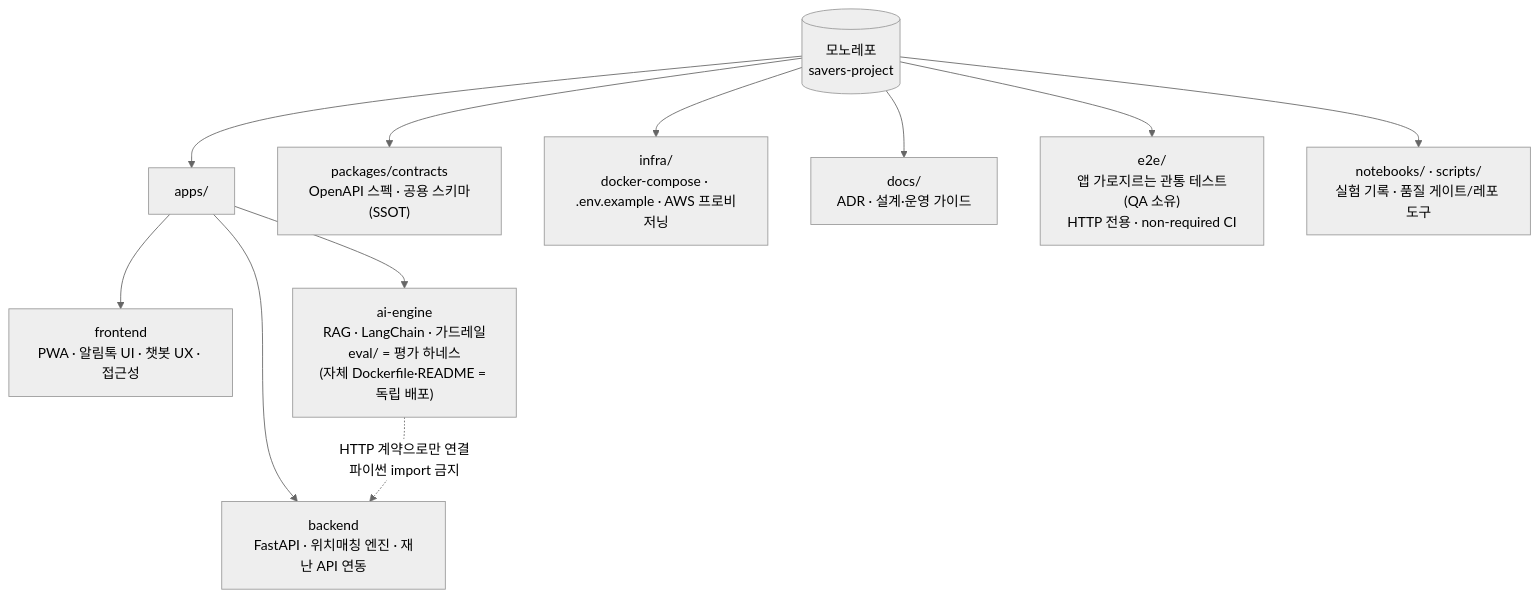
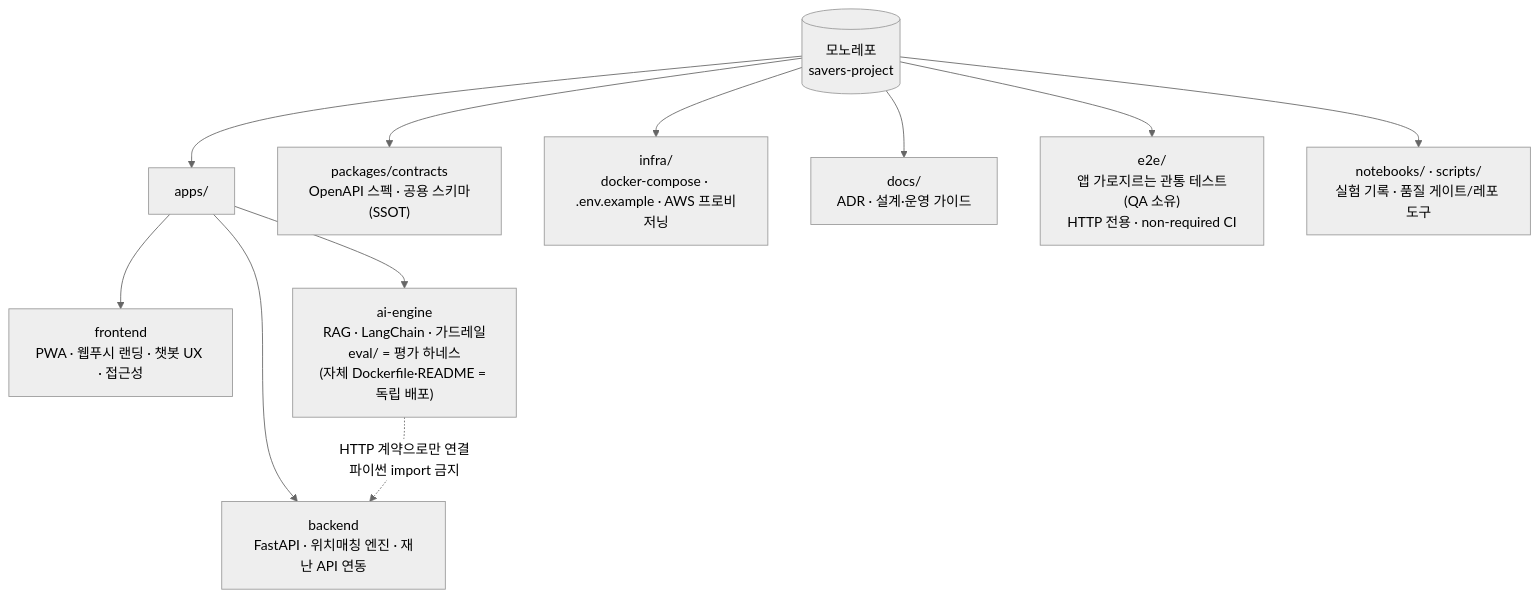
One commit to team-savers/savers-project changed the fourth of 4 diagrams in docs/공통_가이드/아키텍처.md. Above: the diagram before and after it, drawn with Mermaid (neutral theme). The commit also changed other lines of this file and 6 other files, not shown here.

````diff
--- a/docs/공통_가이드/아키텍처.md
+++ b/docs/공통_가이드/아키텍처.md
@@ -111,16 +119,16 @@
 ```mermaid
 flowchart TB
     REPO[("모노레포<br/>savers-project")]
     REPO --> APPS["apps/"]
     REPO --> PKG["packages/contracts<br/>OpenAPI 스펙 · 공용 스키마(SSOT)"]
     REPO --> INFRA2["infra/<br/>docker-compose · .env.example · AWS 프로비저닝"]
     REPO --> DOCS["docs/<br/>ADR · 설계·운영 가이드"]
     REPO --> E2E["e2e/<br/>앱 가로지르는 관통 테스트(QA 소유)<br/>HTTP 전용 · non-required CI"]
     REPO --> TOOL["notebooks/ · scripts/<br/>실험 기록 · 품질 게이트/레포 도구"]
 
-    APPS --> FE["frontend<br/>PWA · 알림톡 UI · 챗봇 UX · 접근성"]
+    APPS --> FE["frontend<br/>PWA · 웹푸시 랜딩 · 챗봇 UX · 접근성"]
     APPS --> BE["backend<br/>FastAPI · 위치매칭 엔진 · 재난 API 연동"]
     APPS --> AI["ai-engine<br/>RAG · LangChain · 가드레일<br/>eval/ = 평가 하네스<br/>(자체 Dockerfile·README = 독립 배포)"]
 
     AI -.HTTP 계약으로만 연결<br/>파이썬 import 금지.-> BE
 ```
````
